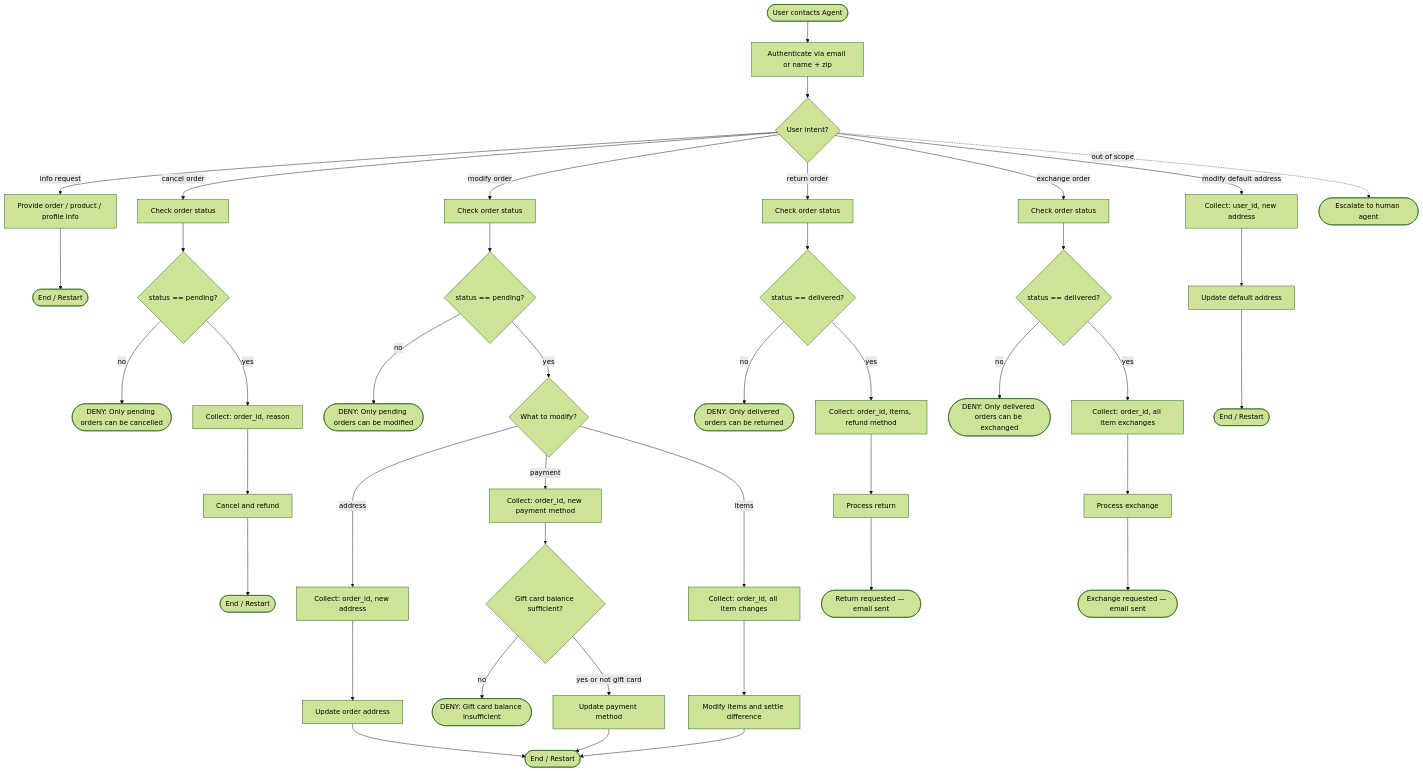
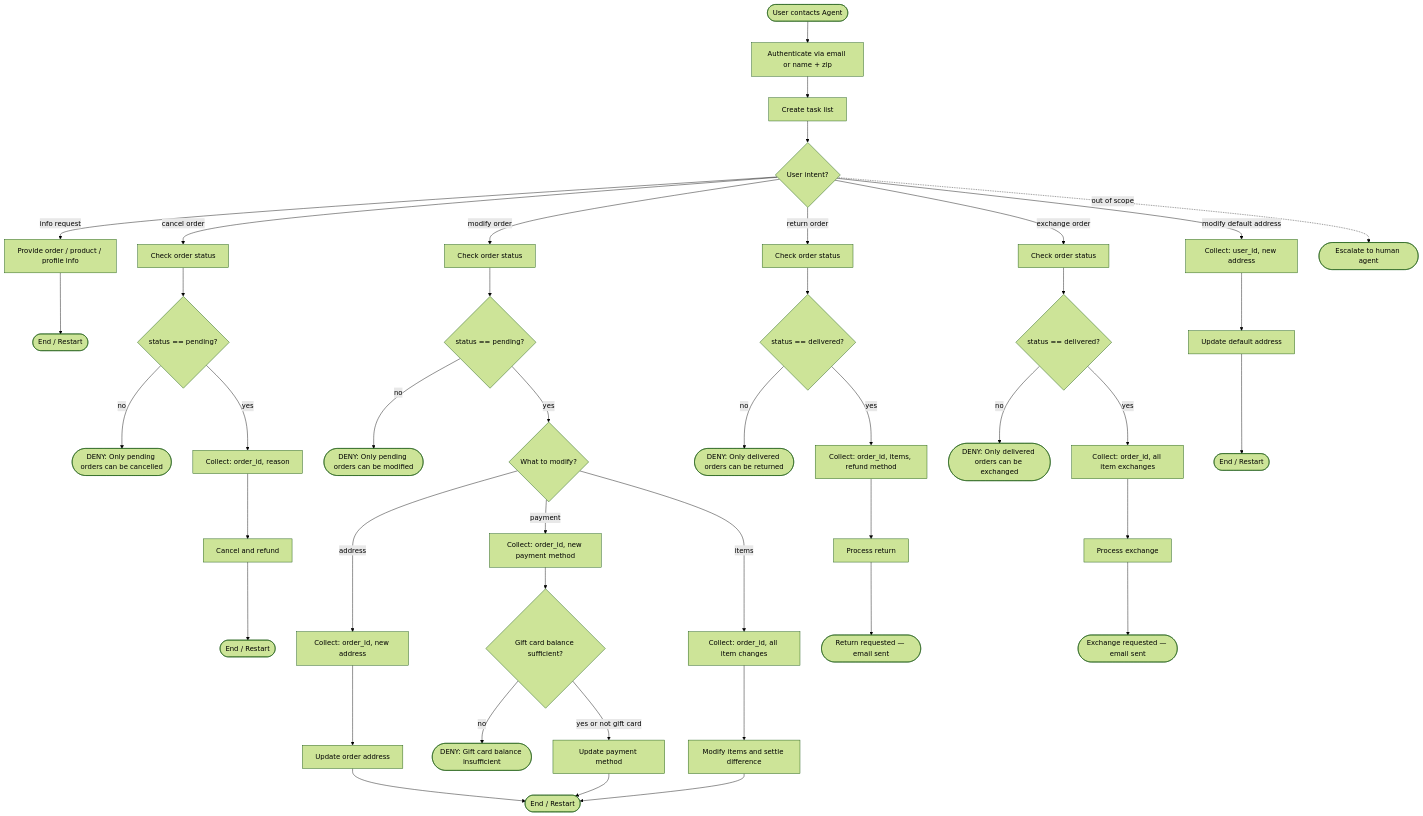
Before and after one commit to codesque16/tau2-mermaid: the diagram in agent/agent_mermaid/mermaid-agents/retail/AGENTS.md, drawn with Mermaid (forest theme). The commit also changed other lines of this file, not shown here.

Commit message:
refactor: SOP mermaid :adding new traversal rules and a detailed policy reference at START, introducing a `MAKE_TODOS` node, and updating examples

````diff
--- a/agent/agent_mermaid/mermaid-agents/retail/AGENTS.md
+++ b/agent/agent_mermaid/mermaid-agents/retail/AGENTS.md
@@ -127,42 +102,43 @@
 ```mermaid
 flowchart TD
     START([User contacts Agent]) --> AUTH["Authenticate via email or name + zip"]
-    AUTH --> ROUTE{User intent?}
+    AUTH --> MAKE_TODOS["Create task list"]
+    MAKE_TODOS --> ROUTE{User intent?}
 
     %% --- Info ---
     ROUTE -->|info request| INFO["Provide order / product / profile info"] --> END_INFO([End / Restart])
 
     %% --- Cancel ---
     ROUTE -->|cancel order| CHK_CANCEL["Check order status"] --> IS_PENDING_C{status == pending?}
     IS_PENDING_C -->|no| DENY_CANCEL([DENY: Only pending orders can be cancelled])
     IS_PENDING_C -->|yes| COLLECT_CANCEL["Collect: order_id, reason"] --> DO_CANCEL["Cancel and refund"] --> END_CANCEL([End / Restart])
 
     %% --- Modify ---
     ROUTE -->|modify order| CHK_MOD["Check order status"] --> IS_PENDING_M{status == pending?}
     IS_PENDING_M -->|no| DENY_MOD([DENY: Only pending orders can be modified])
     IS_PENDING_M -->|yes| MOD_TYPE{What to modify?}
 
     MOD_TYPE -->|address| COLLECT_MOD_ADDR["Collect: order_id, new address"] --> DO_MOD_ADDR["Update order address"] --> END_MOD([End / Restart])
 
     MOD_TYPE -->|payment| COLLECT_MOD_PAY["Collect: order_id, new payment method"] --> IS_GC_OK{Gift card balance sufficient?}
     IS_GC_OK -->|no| DENY_PAY([DENY: Gift card balance insufficient])
     IS_GC_OK -->|yes or not gift card| DO_MOD_PAY["Update payment method"] --> END_MOD
 
     MOD_TYPE -->|items| COLLECT_MOD_ITEMS["Collect: order_id, all item changes"] --> DO_MOD_ITEMS["Modify items and settle difference"] --> END_MOD
 
     %% --- Return ---
     ROUTE -->|return order| CHK_RETURN["Check order status"] --> IS_DELIVERED_R{status == delivered?}
     IS_DELIVERED_R -->|no| DENY_RETURN([DENY: Only delivered orders can be returned])
     IS_DELIVERED_R -->|yes| COLLECT_RETURN["Collect: order_id, items, refund method"] --> DO_RETURN["Process return"] --> END_RETURN([Return requested — email sent])
 
     %% --- Exchange ---
     ROUTE -->|exchange order| CHK_EXCH["Check order status"] --> IS_DELIVERED_E{status == delivered?}
     IS_DELIVERED_E -->|no| DENY_EXCH([DENY: Only delivered orders can be exchanged])
     IS_DELIVERED_E -->|yes| COLLECT_EXCH["Collect: order_id, all item exchanges"] --> DO_EXCH["Process exchange"] --> END_EXCH([Exchange requested — email sent])
 
     %% --- User address ---
     ROUTE -->|modify default address| COLLECT_USER_ADDR["Collect: user_id, new address"] --> DO_USER_ADDR["Update default address"] --> END_UADDR([End / Restart])
 
     %% --- Fallback ---
     ROUTE -.->|out of scope| ESCALATE_HUMAN([Escalate to human agent])
 ```
````
